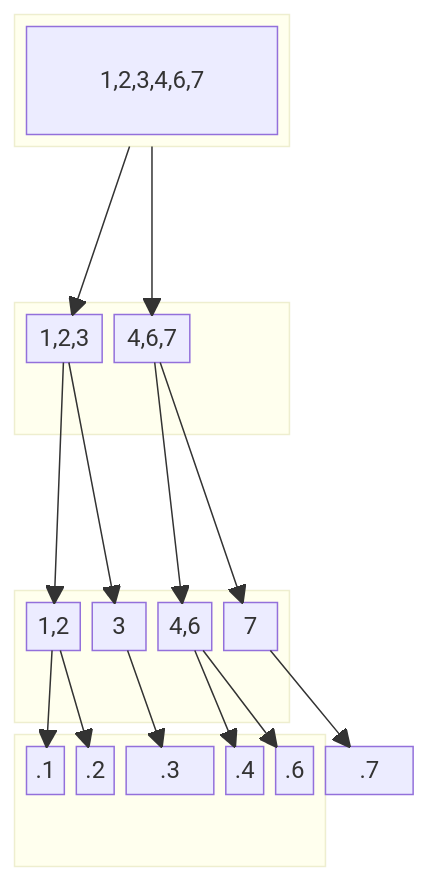
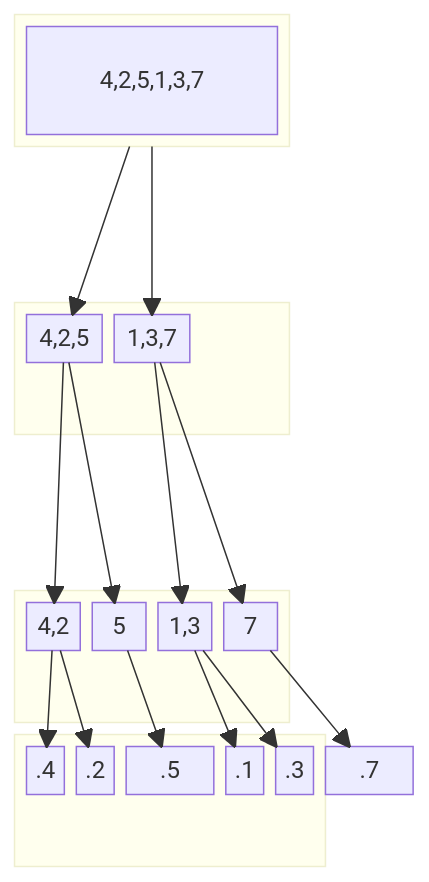
One commit to kuyeol/Ung-DSA-Repo changed the first of 2 diagrams in DSA/src/main/java/org/algorithm/Merge.md. Above: the diagram before and after it, drawn with Mermaid. The commit also changed other lines of this file, not shown here.

````diff
--- a/DSA/src/main/java/org/algorithm/Merge.md
+++ b/DSA/src/main/java/org/algorithm/Merge.md
@@ -7,46 +7,46 @@
 ```mermaid
 block-beta
-    
- columns 1   
+    columns 1
     block: ID
         columns 1
-        1,2,3,4,6,7:1
+        4,2,5,1,3,7:1
     end
-    
- space
-    
+
+    space
+
     block: ID1
         columns 3
-       1,2,3:2 4,6,7:2
+        4,2,5:2 1,3,7:2
     end
-    
+
     space
-    
+
     block: ID2
         columns 8
-        1,2:2 3:1 4,6:2 7:1 
+        4,2:2 5:1 1,3:2 7:1
     end
 
     block: ID3
         columns 8
-        .1:1 .2:1 .3:2 .4:1 .6:1 .7:2
+        .4:1 .2:1 .5:2 .1:1 .3:1 .7:2
     end
+
+    ID --> 4,2,5
+    ID --> 1,3,7
     
+    4,2,5 --> 4,2
+    4,2,5 --> 5
     
-ID --> 1,2,3
-ID --> 4,6,7
-1,2,3 --> 1,2
-1,2,3 --> 3
-
-4,6,7 --> 4,6
-4,6,7 --> 7
-
-1,2 --> .1
-1,2 --> .2
-3 --> .3
-4,6 --> .4
-4,6 --> .6
-7 --> .7
+    1,3,7  --> 1,3
+    1,3,7  --> 7
+    
+    4,2 --> .4
+    4,2 --> .2
+    5 --> .5
+    
+    1,3 --> .1
+    1,3 --> .3
+    7 --> .7
 
 
 ```
````
